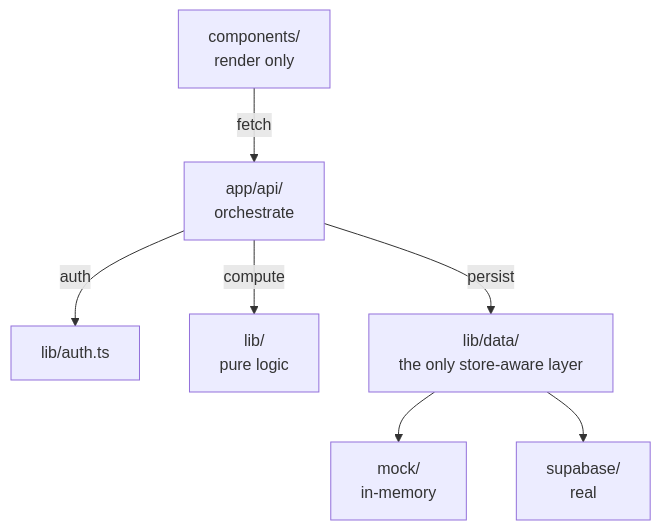
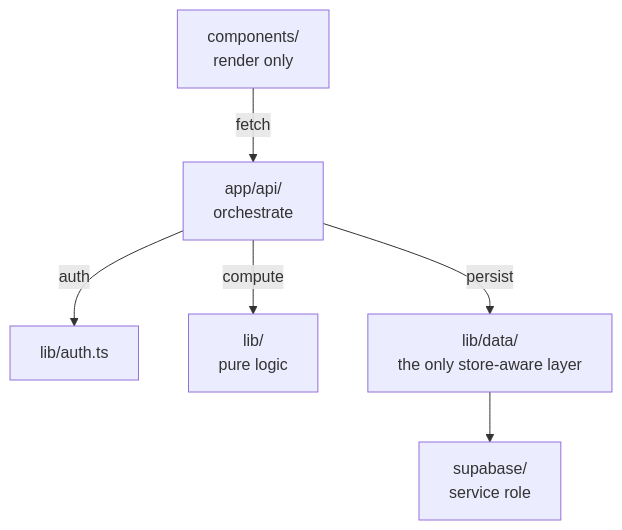
The first of 7 diagrams in docs/architecture.md (DmitriPer/weddingRsvp), drawn with Mermaid before and after one commit. The commit also changed other lines of this file and 6 other files, not shown here.

````diff
--- a/docs/architecture.md
+++ b/docs/architecture.md
@@ -131,9 +131,8 @@
 ```mermaid
 flowchart TD
     C["components/<br/>render only"] -->|fetch| A["app/api/<br/>orchestrate"]
     A -->|auth| AU["lib/auth.ts"]
     A -->|compute| L["lib/<br/>pure logic"]
     A -->|persist| D["lib/data/<br/>the only store-aware layer"]
-    D --> MOCK["mock/<br/>in-memory"]
-    D --> SUPA["supabase/<br/>real"]
+    D --> SUPA["supabase/<br/>service role"]
 ```
````
